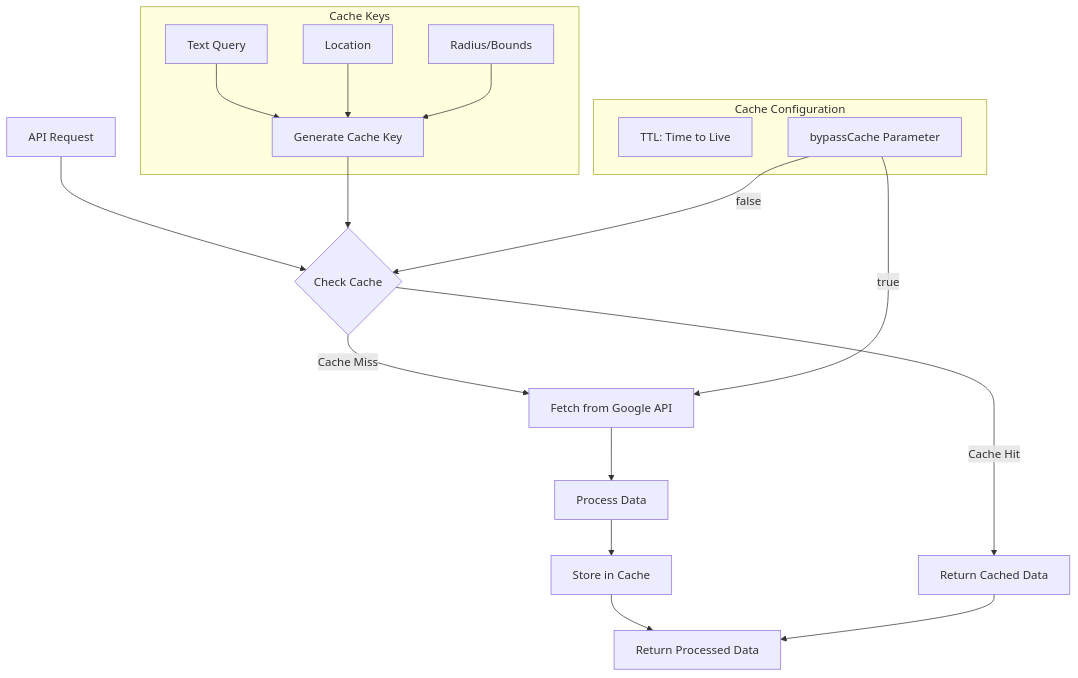
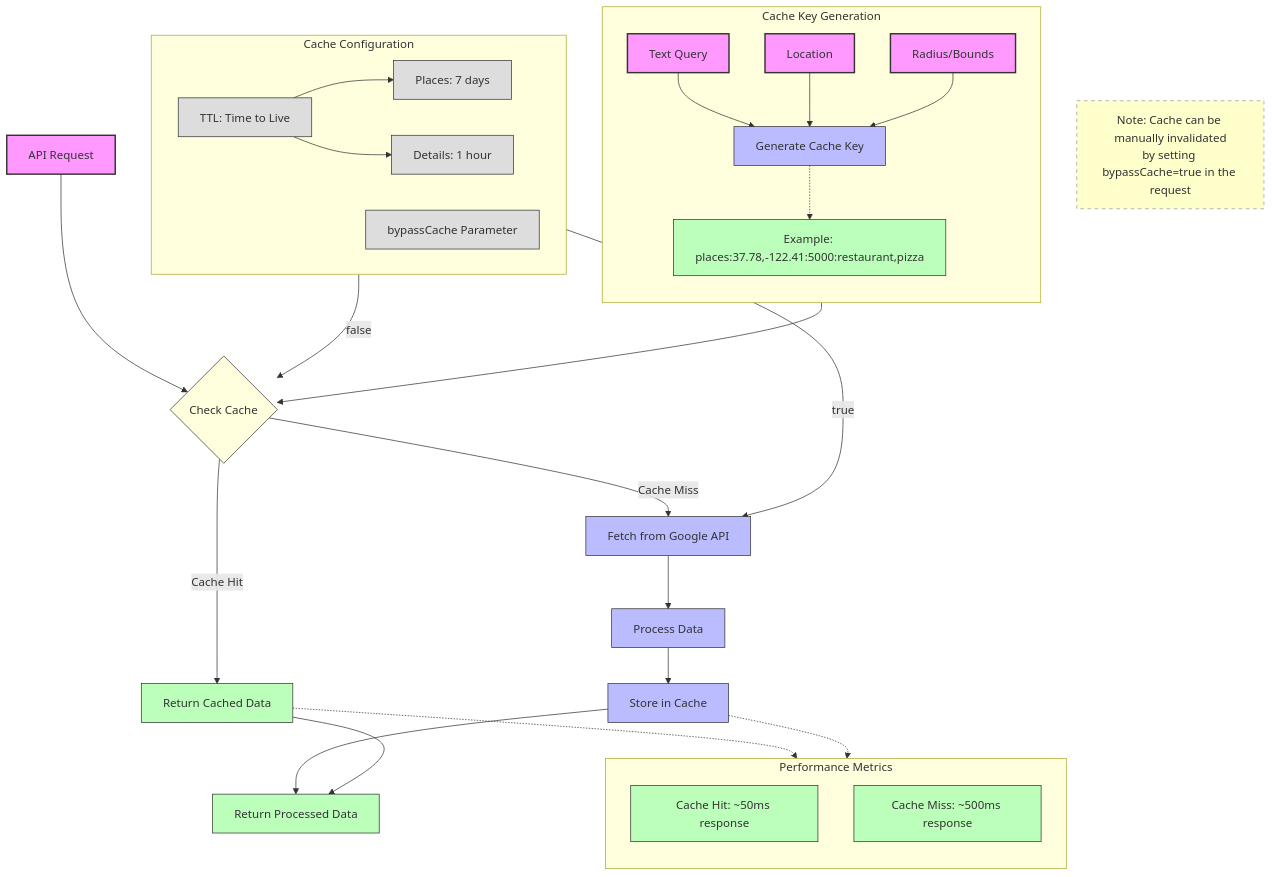
Before and after one commit to sotomaque/emoji-map-next: the fifth of 6 diagrams in README.md, drawn with Mermaid. The commit also changed other lines of this file and 18 other files, not shown here.

````diff
--- a/README.md
+++ b/README.md
@@ -351,27 +452,69 @@
 ```mermaid
 flowchart TD
-    A[API Request] --> B{Check Cache}
-    B -->|Cache Hit| C[Return Cached Data]
-    B -->|Cache Miss| D[Fetch from Google API]
+    %% Caching System Diagram
+    %% Shows how the Redis caching system works
     
-    D --> E[Process Data]
-    E --> F[Store in Cache]
-    F --> G[Return Processed Data]
+    %% Define styles
+    classDef request fill:#f9f,stroke:#333,stroke-width:2px
+    classDef decision fill:#ffd,stroke:#333,stroke-width:1px,shape:diamond
+    classDef process fill:#bbf,stroke:#333,stroke-width:1px
+    classDef data fill:#bfb,stroke:#333,stroke-width:1px
+    classDef config fill:#ddd,stroke:#333,stroke-width:1px
+    
+    %% Main flow
+    A[API Request]:::request --> B{Check Cache}:::decision
+    B -->|Cache Hit| C[Return Cached Data]:::data
+    B -->|Cache Miss| D[Fetch from Google API]:::process
+    
+    D --> E[Process Data]:::process
+    E --> F[Store in Cache]:::process
+    F --> G[Return Processed Data]:::data
     C --> G
     
-    subgraph Cache Keys
-    H[Text Query] --> K[Generate Cache Key]
-    I[Location] --> K
-    J[Radius/Bounds] --> K
+    %% Cache key generation
+    subgraph "Cache Key Generation"
+        direction TB
+        H[Text Query]:::request --> K[Generate Cache Key]:::process
+        I[Location]:::request --> K
+        J[Radius/Bounds]:::request --> K
+        
+        %% Add example
+        example["Example: places:37.78,-122.41:5000:restaurant,pizza"]:::data
+        K -.-> example
     end
     
+    %% Connect cache key to main flow
     K --> B
     
-    subgraph Cache Configuration
-    L[TTL: Time to Live]
-    M[bypassCache Parameter]
+    %% Cache configuration
+    subgraph "Cache Configuration"
+        direction LR
+        L[TTL: Time to Live]:::config
+        M[bypassCache Parameter]:::config
+        
+        %% Add TTL details
+        L1["Places: 7 days"]:::config
+        L2["Details: 1 hour"]:::config
+        L --> L1
+        L --> L2
     end
     
+    %% Connect bypass parameter to flow
     M -->|true| D
     M -->|false| B
+    
+    %% Add performance metrics
+    subgraph "Performance Metrics"
+        direction TB
+        P1["Cache Hit: ~50ms response"]:::data
+        P2["Cache Miss: ~500ms response"]:::data
+    end
+    
+    %% Connect performance to flow paths
+    C -.-> P1
+    F -.-> P2
+    
+    %% Add a note about cache invalidation
+    note["Note: Cache can be manually invalidated<br>by setting bypassCache=true in the request"]
+    style note fill:#ffffcc,stroke:#999,stroke-width:1px,stroke-dasharray: 5 5
 ```
````
